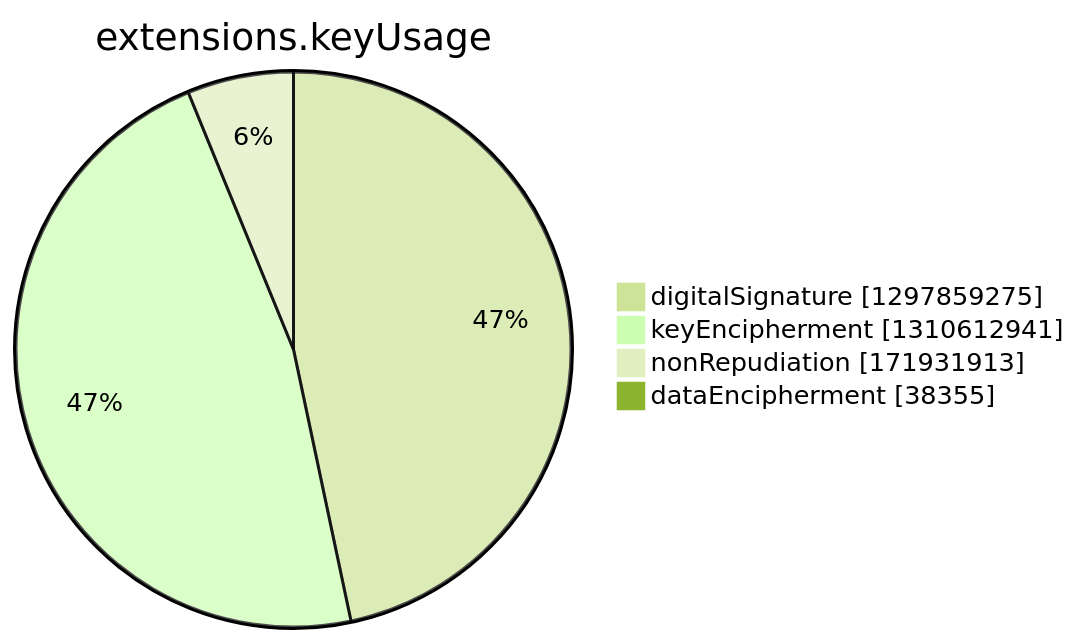
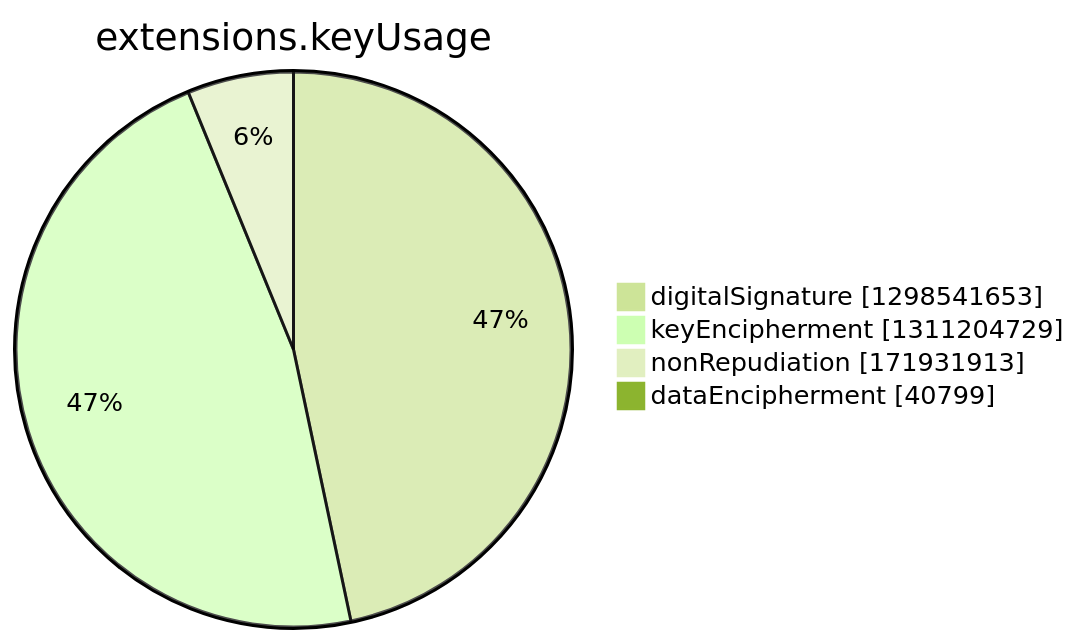
Before and after one commit to christiankrug/ctmonitor_visualization: the seventh of 15 diagrams in argon2022/README.md, drawn with Mermaid (forest theme). The commit also changed other lines of this file, not shown here.

````diff
--- a/argon2022/README.md
+++ b/argon2022/README.md
@@ -2749,8 +2749,8 @@
 ```mermaid
 pie showData
 title extensions.keyUsage
-"digitalSignature" :1297859275
-"keyEncipherment" :1310612941
+"digitalSignature" :1298541653
+"keyEncipherment" :1311204729
 "nonRepudiation" :171931913
-"dataEncipherment" :38355
+"dataEncipherment" :40799
 ```
````
